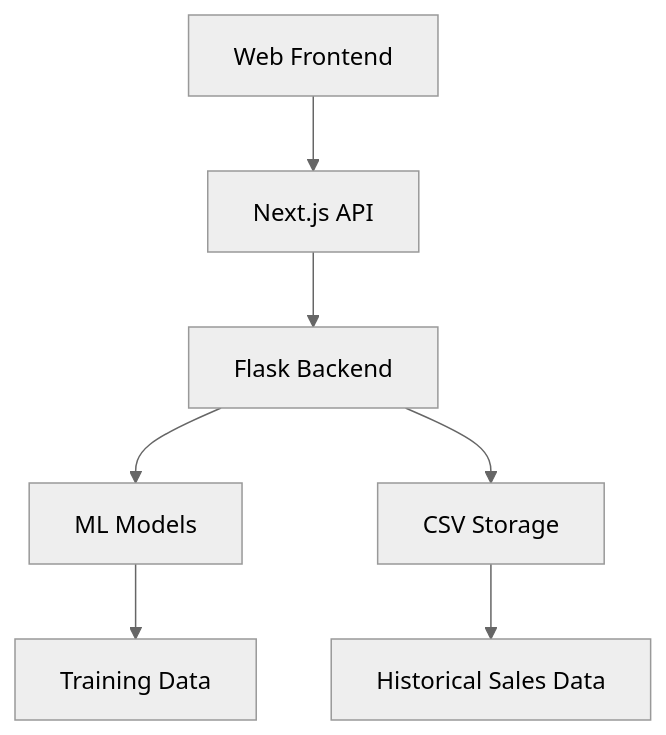
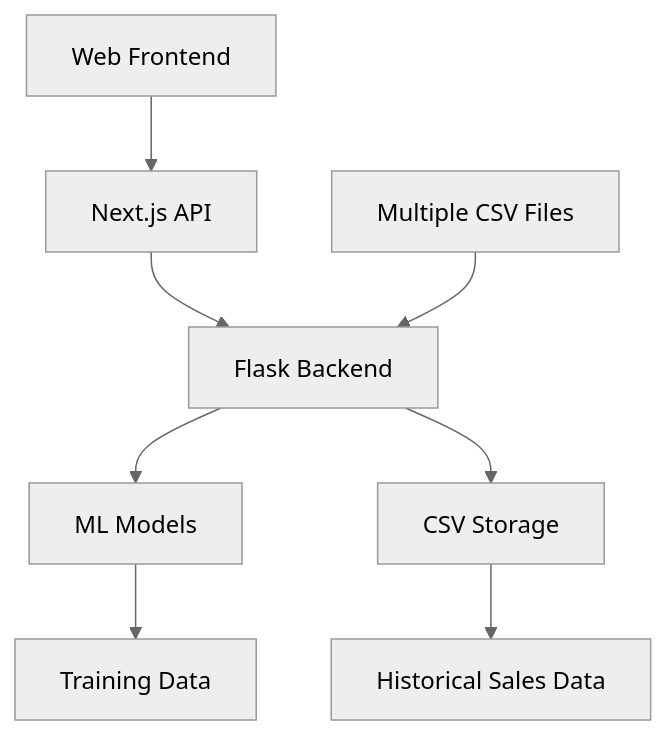
One commit to 1211307959/FYP02-IS-T2430-0030 changed the diagram in README.md. Above: the diagram before and after it, drawn with Mermaid (neutral theme). The commit also changed other lines of this file and 14 other files, not shown here.

````diff
--- a/README.md
+++ b/README.md
@@ -19,9 +20,10 @@
 ```mermaid
 graph TD
     A[Web Frontend] --> B[Next.js API]
     B --> C[Flask Backend]
     C --> D[ML Models]
     D --> E[Training Data]
     C --> F[CSV Storage]
     F --> G[Historical Sales Data]
+    H[Multiple CSV Files] --> C
 ```
````
